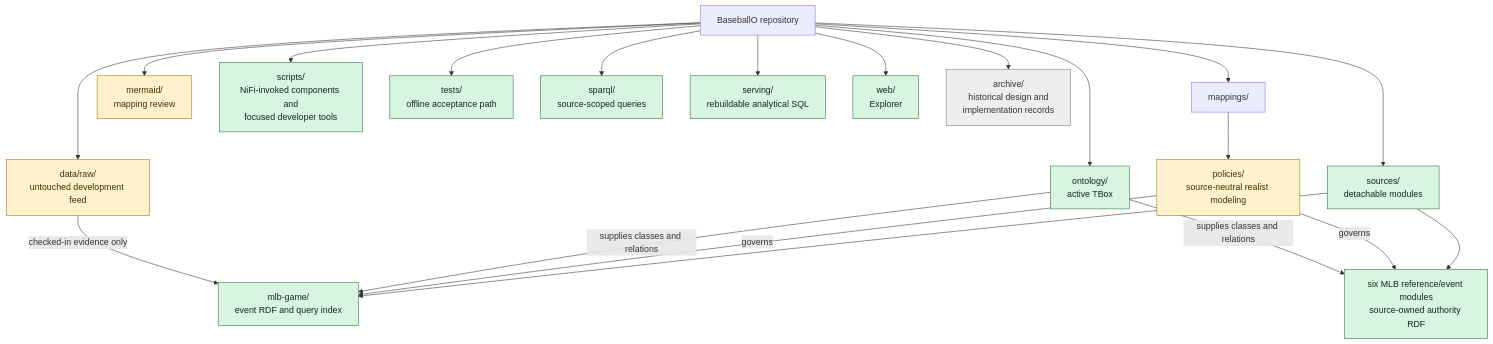
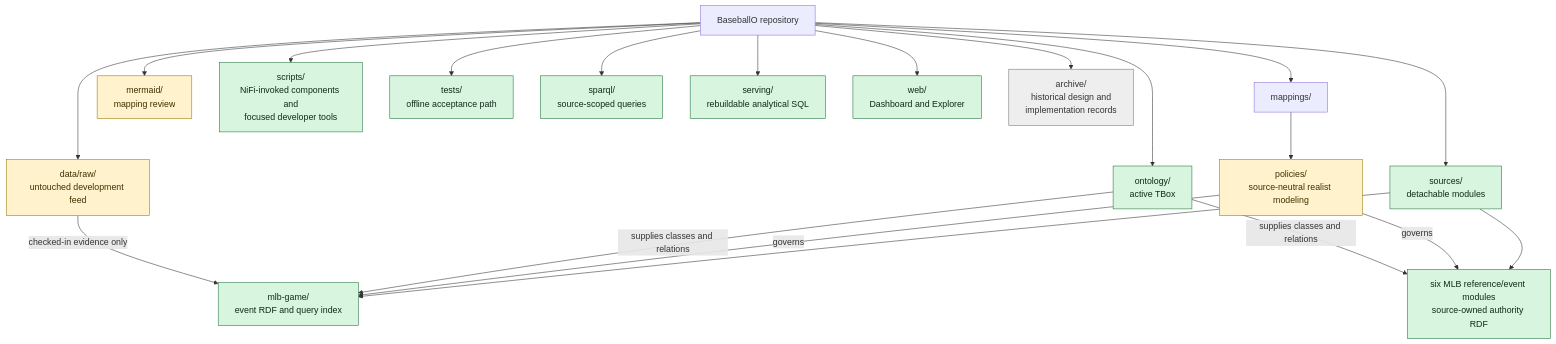
The second of 2 diagrams in Baseball/mermaid/01-pipeline-and-repository.md (CarterBeauBenson/BaseballO), drawn with Mermaid before and after one commit. The commit also changed other lines of this file and 32 other files, not shown here.

````diff
--- a/Baseball/mermaid/01-pipeline-and-repository.md
+++ b/Baseball/mermaid/01-pipeline-and-repository.md
@@ -31,31 +32,31 @@
 ```mermaid
 flowchart TB
     ROOT["BaseballO repository"]
     ROOT --> ONT["ontology/<br/>active TBox"]
     ROOT --> SOURCES["sources/<br/>detachable modules"]
     SOURCES --> MLB["mlb-game/<br/>event RDF and query index"]
     SOURCES --> REF["six MLB reference/event modules<br/>source-owned authority RDF"]
     ROOT --> MAP["mappings/"]
     MAP --> POLICY["policies/<br/>source-neutral realist modeling"]
     ROOT --> MERMAID["mermaid/<br/>mapping review"]
     ROOT --> DATA["data/raw/<br/>untouched development feed"]
     ROOT --> SCRIPTS["scripts/<br/>NiFi-invoked components and<br/>focused developer tools"]
     ROOT --> TESTS["tests/<br/>offline acceptance path"]
     ROOT --> SPARQL["sparql/<br/>source-scoped queries"]
     ROOT --> SERVING["serving/<br/>rebuildable analytical SQL"]
-    ROOT --> WEB["web/<br/>Explorer"]
+    ROOT --> WEB["web/<br/>Dashboard and Explorer"]
     ROOT --> ARCHIVE["archive/<br/>historical design and<br/>implementation records"]
 
     POLICY -->|"governs"| MLB
     POLICY -->|"governs"| REF
     ONT -->|"supplies classes and relations"| MLB
     ONT -->|"supplies classes and relations"| REF
     DATA -->|"checked-in evidence only"| MLB
 
     classDef active fill:#d7f5df,stroke:#24733b,color:#102a18;
     classDef reference fill:#fff2cc,stroke:#997a00,color:#3d3100;
     classDef archive fill:#eeeeee,stroke:#777,color:#333;
     class ONT,SOURCES,MLB,REF,SCRIPTS,TESTS,SPARQL,SERVING,WEB active;
     class POLICY,MERMAID,DATA reference;
     class ARCHIVE archive;
 ```
````
